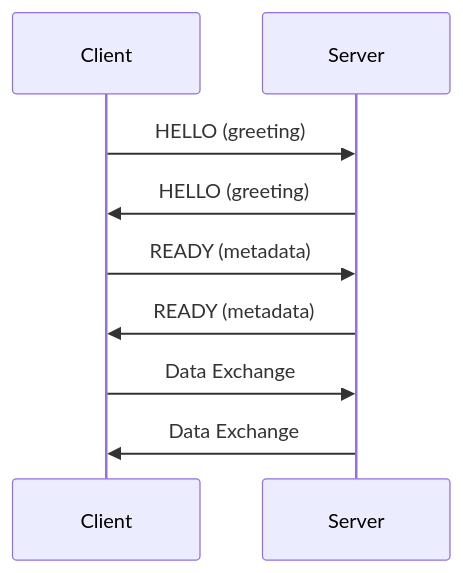
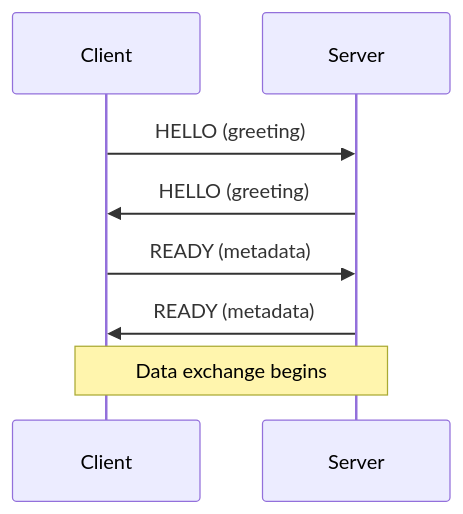
One commit to kairos-code-dev/zlink changed the first of 5 diagrams in doc/internals/protocol-zmp.md. Above: the diagram before and after it, drawn with Mermaid. The commit also changed other lines of this file and 118 other files, not shown here.

````diff
--- a/doc/internals/protocol-zmp.md
+++ b/doc/internals/protocol-zmp.md
@@ -82,12 +66,11 @@
 ```mermaid
 sequenceDiagram
     participant C as Client
     participant S as Server
 
     C->>S: HELLO (greeting)
     S->>C: HELLO (greeting)
     C->>S: READY (metadata)
     S->>C: READY (metadata)
-    C->>S: Data Exchange
-    S->>C: Data Exchange
+    Note over C,S: Data exchange begins
 ```
````
